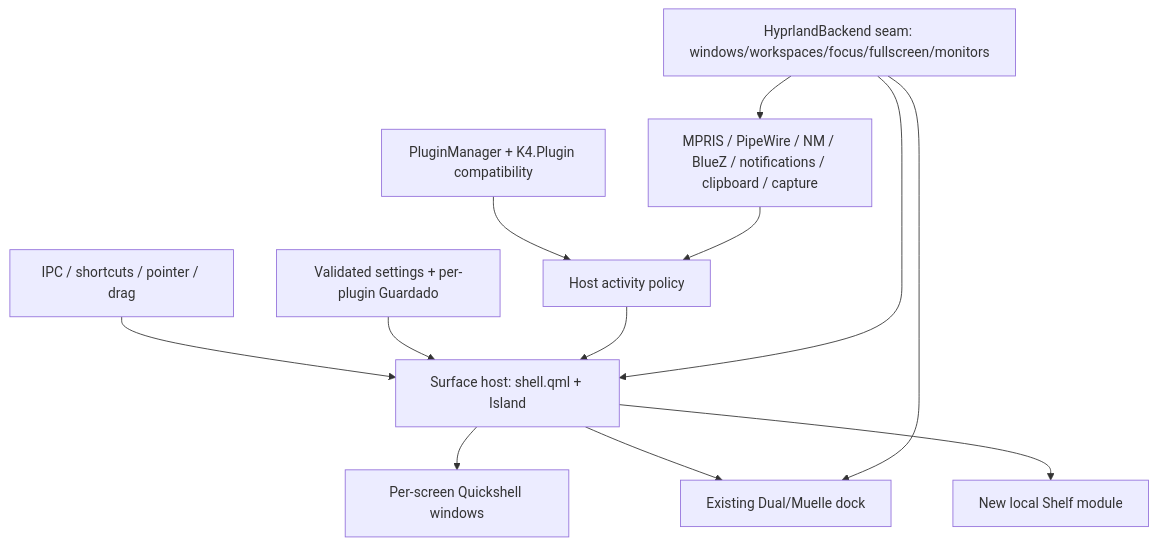
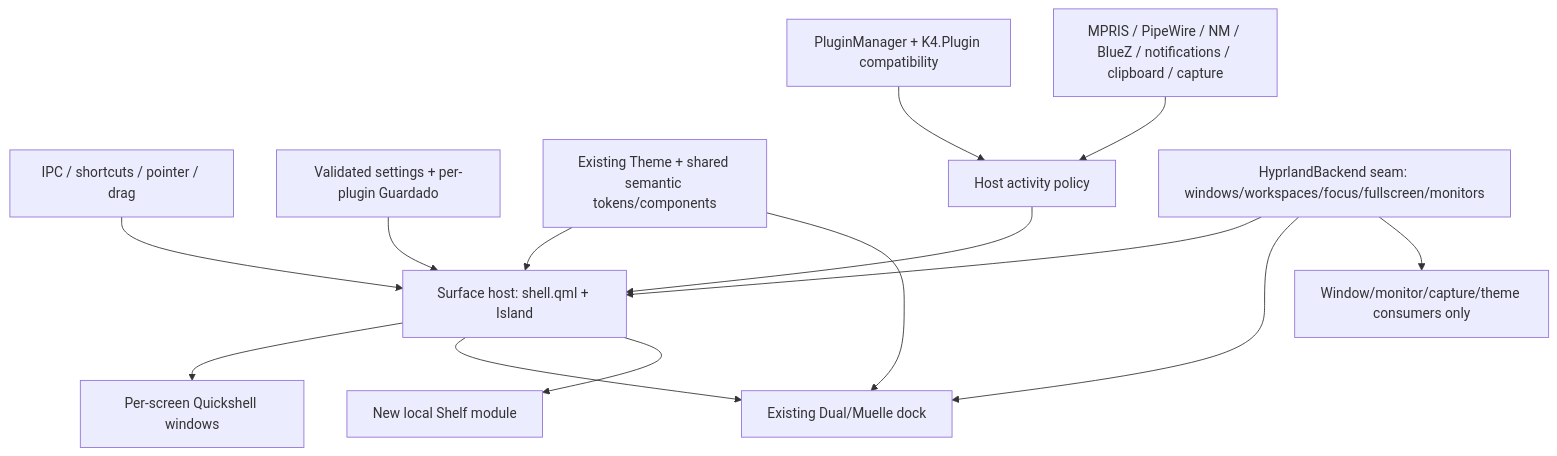
Before and after one commit to NoobSambit/linux-notch: the diagram in docs/ARCHITECTURE.md, drawn with Mermaid. The commit also changed other lines of this file and 9 other files, not shown here.

````diff
--- a/docs/ARCHITECTURE.md
+++ b/docs/ARCHITECTURE.md
@@ -5,14 +5,16 @@
 ```mermaid
 flowchart TD
   Input[IPC / shortcuts / pointer / drag] --> Host[Surface host: shell.qml + Island]
   Settings[Validated settings + per-plugin Guardado] --> Host
+  Theme[Existing Theme + shared semantic tokens/components] --> Host
+  Theme --> Dock[Existing Dual/Muelle dock]
   Plugins[PluginManager + K4.Plugin compatibility] --> Activity[Host activity policy]
   Services[MPRIS / PipeWire / NM / BlueZ / notifications / clipboard / capture] --> Activity
   Activity --> Host
   Host --> Screens[Per-screen Quickshell windows]
-  Host --> Dock[Existing Dual/Muelle dock]
+  Host --> Dock
   Host --> Shelf[New local Shelf module]
   Backend[HyprlandBackend seam: windows/workspaces/focus/fullscreen/monitors] --> Host
   Backend --> Dock
-  Backend --> Services
+  Backend --> HyprFeatures[Window/monitor/capture/theme consumers only]
 ```
````
